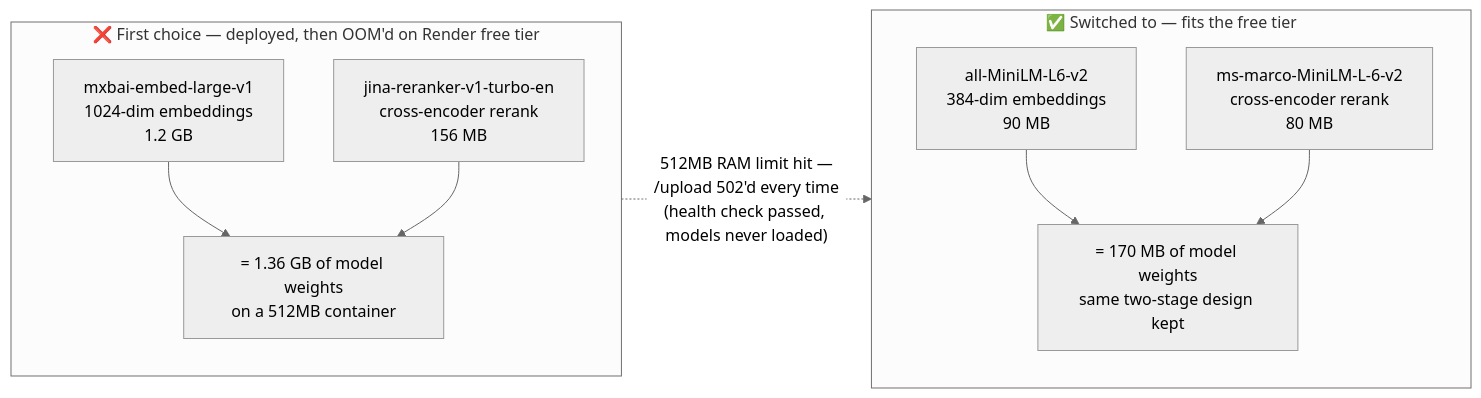
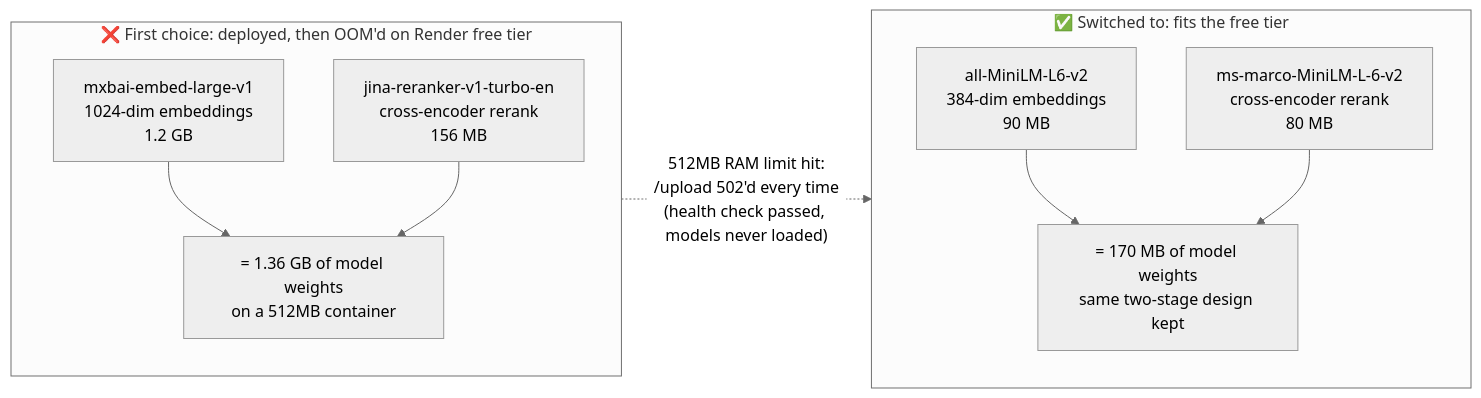
Before and after one commit to dev-eloper-365/ultradoc-ai: the third of 3 diagrams in README.md, drawn with Mermaid (neutral theme). The commit also changed other lines of this file and 1 other file, not shown here.

````diff
--- a/README.md
+++ b/README.md
@@ -335,22 +358,22 @@
 ```mermaid
 flowchart LR
-    subgraph Before["❌ First choice — deployed, then OOM'd on Render free tier"]
+    subgraph Before["❌ First choice: deployed, then OOM'd on Render free tier"]
         direction TB
         E1["mxbai-embed-large-v1<br/>1024-dim embeddings<br/>1.2 GB"]
         R1["jina-reranker-v1-turbo-en<br/>cross-encoder rerank<br/>156 MB"]
         T1["= 1.36 GB of model weights<br/>on a 512MB container"]
         E1 --> T1
         R1 --> T1
     end
 
-    subgraph After["✅ Switched to — fits the free tier"]
+    subgraph After["✅ Switched to: fits the free tier"]
         direction TB
         E2["all-MiniLM-L6-v2<br/>384-dim embeddings<br/>90 MB"]
         R2["ms-marco-MiniLM-L-6-v2<br/>cross-encoder rerank<br/>80 MB"]
         T2["= 170 MB of model weights<br/>same two-stage design kept"]
         E2 --> T2
         R2 --> T2
     end
 
-    T1 -.->|"512MB RAM limit hit —<br/>/upload 502'd every time<br/>(health check passed, models never loaded)"| After
+    T1 -.->|"512MB RAM limit hit:<br/>/upload 502'd every time<br/>(health check passed, models never loaded)"| After
 ```
````
